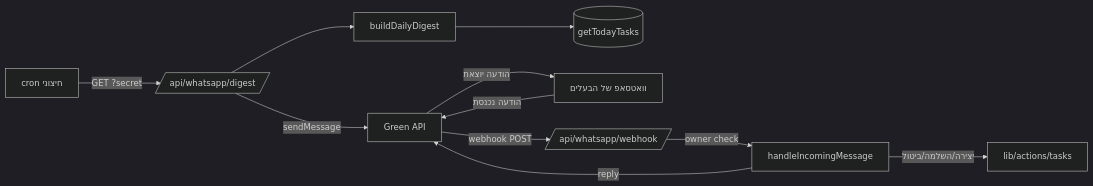
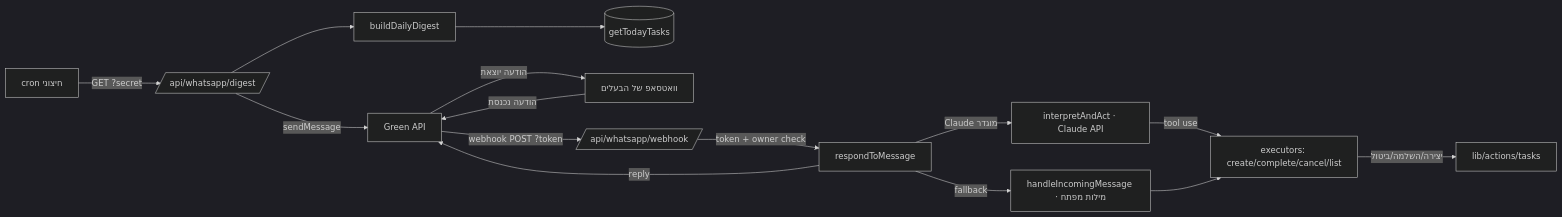
The first of 2 diagrams in Vault/תכונות/וואטסאפ (Green API).md (michaelvolchek-stack/club2030-claudemonth), drawn with Mermaid (dark theme) before and after one commit. The commit also changed other lines of this file and 4 other files, not shown here.

First line of the commit message:
feat: WhatsApp free-language chat via Claude + harden webhook

````diff
--- a/Vault/תכונות/וואטסאפ (Green API).md
+++ b/Vault/תכונות/וואטסאפ (Green API).md
@@ -23,14 +23,18 @@
 ```mermaid
 graph LR
     Cron[cron חיצוני] -->|GET ?secret| Digest[/api/whatsapp/digest/]
     Digest --> BuildDigest[buildDailyDigest]
     BuildDigest --> Tasks[(getTodayTasks)]
     Digest -->|sendMessage| Green[Green API]
     Green -->|הודעה יוצאת| Phone[וואטסאפ של הבעלים]
 
     Phone -->|הודעה נכנסת| Green
-    Green -->|webhook POST| WH[/api/whatsapp/webhook/]
-    WH -->|owner check| Handle[handleIncomingMessage]
-    Handle -->|יצירה/השלמה/ביטול| Actions[lib/actions/tasks]
-    Handle -->|reply| Green
+    Green -->|webhook POST ?token| WH[/api/whatsapp/webhook/]
+    WH -->|token + owner check| Respond[respondToMessage]
+    Respond -->|Claude מוגדר| AI[interpretAndAct · Claude API]
+    Respond -->|fallback| KW[handleIncomingMessage · מילות מפתח]
+    AI -->|tool use| Exec[executors: create/complete/cancel/list]
+    KW --> Exec
+    Exec -->|יצירה/השלמה/ביטול| Actions[lib/actions/tasks]
+    Respond -->|reply| Green
 ```
````
